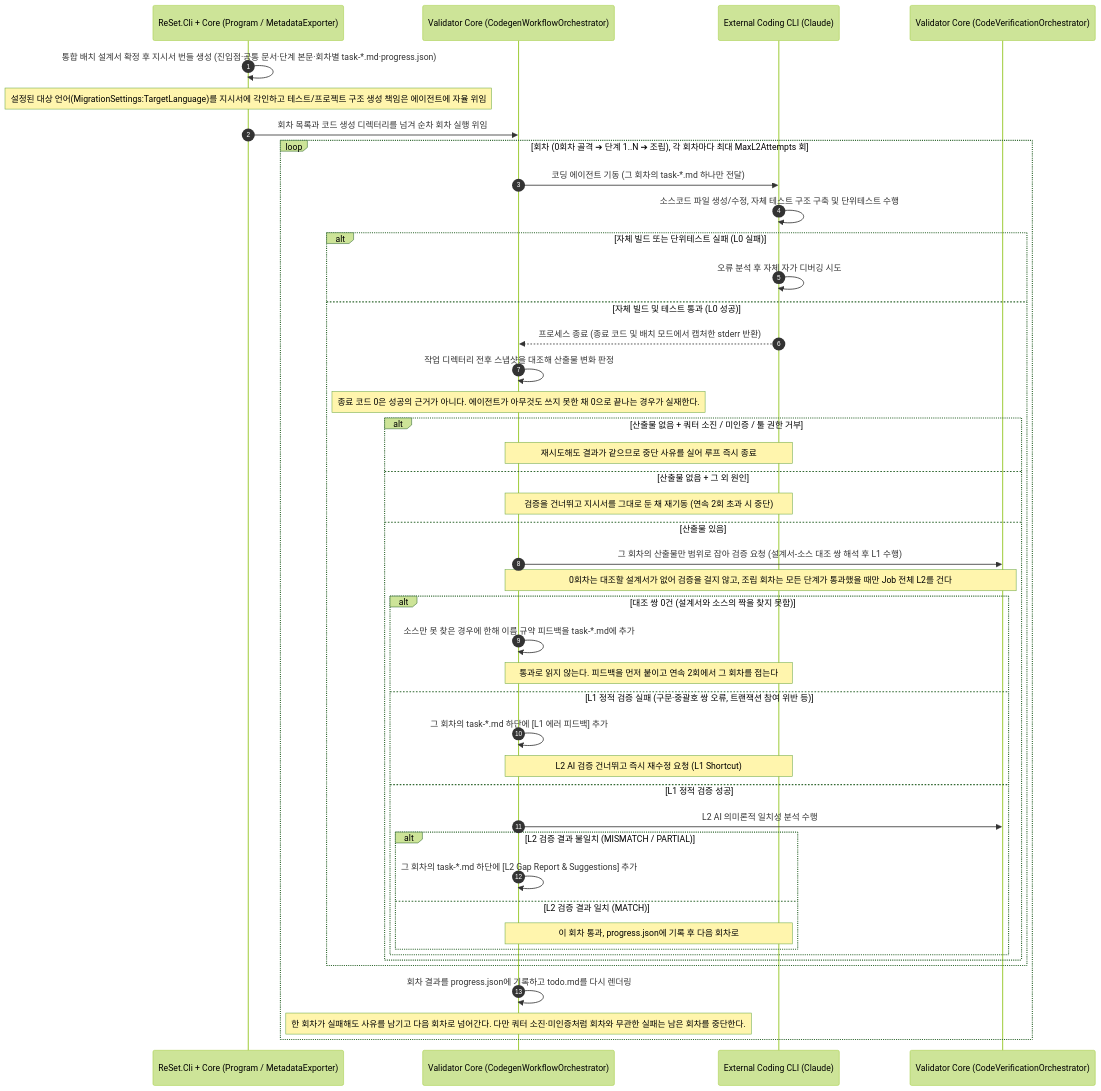
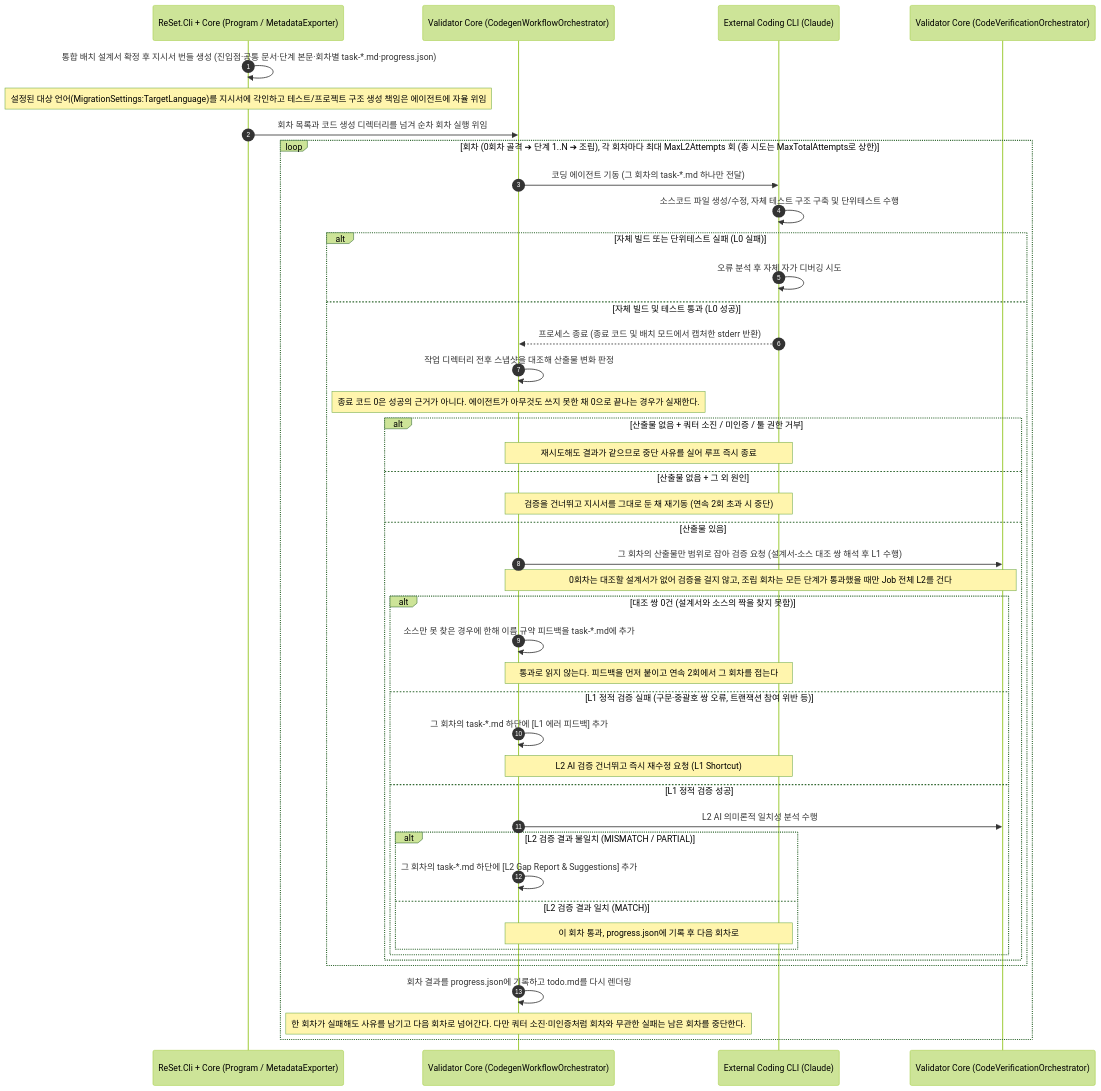
The fifth of 9 diagrams in docs/architecture.md (moondae815/ReSet), drawn with Mermaid (forest theme) before and after one commit. The commit also changed other lines of this file and 2 other files, not shown here.

````diff
--- a/docs/architecture.md
+++ b/docs/architecture.md
@@ -309,47 +313,47 @@
 ```mermaid
 sequenceDiagram
     autonumber
     participant CLI as ReSet.Cli + Core (Program / MetadataExporter)
     participant RC as Validator Core (CodegenWorkflowOrchestrator)
     participant ECE as External Coding CLI (Claude)
     participant VAL as Validator Core (CodeVerificationOrchestrator)
 
     CLI->>CLI: 통합 배치 설계서 확정 후 지시서 번들 생성 (진입점·공통 문서·단계 본문·회차별 task-*.md·progress.json)
     Note over CLI: 설정된 대상 언어(MigrationSettings:TargetLanguage)를 지시서에 각인하고 테스트/프로젝트 구조 생성 책임은 에이전트에 자율 위임
     CLI->>RC: 회차 목록과 코드 생성 디렉터리를 넘겨 순차 회차 실행 위임
-    loop 회차 (0회차 골격 ➔ 단계 1..N ➔ 조립), 각 회차마다 최대 MaxL2Attempts 회
+    loop 회차 (0회차 골격 ➔ 단계 1..N ➔ 조립), 각 회차마다 최대 MaxL2Attempts 회 (총 시도는 MaxTotalAttempts로 상한)
         RC->>ECE: 코딩 에이전트 기동 (그 회차의 task-*.md 하나만 전달)
         ECE->>ECE: 소스코드 파일 생성/수정, 자체 테스트 구조 구축 및 단위테스트 수행
         alt 자체 빌드 또는 단위테스트 실패 (L0 실패)
             ECE->>ECE: 오류 분석 후 자체 자가 디버깅 시도
         else 자체 빌드 및 테스트 통과 (L0 성공)
             ECE-->>RC: 프로세스 종료 (종료 코드 및 배치 모드에서 캡처한 stderr 반환)
             RC->>RC: 작업 디렉터리 전후 스냅샷을 대조해 산출물 변화 판정
             Note over RC: 종료 코드 0은 성공의 근거가 아니다. 에이전트가 아무것도 쓰지 못한 채 0으로 끝나는 경우가 실재한다.
             alt 산출물 없음 + 쿼터 소진 / 미인증 / 툴 권한 거부
                 Note over RC,ECE: 재시도해도 결과가 같으므로 중단 사유를 실어 루프 즉시 종료
             else 산출물 없음 + 그 외 원인
                 Note over RC,ECE: 검증을 건너뛰고 지시서를 그대로 둔 채 재기동 (연속 2회 초과 시 중단)
             else 산출물 있음
                 RC->>VAL: 그 회차의 산출물만 범위로 잡아 검증 요청 (설계서-소스 대조 쌍 해석 후 L1 수행)
                 Note over RC,VAL: 0회차는 대조할 설계서가 없어 검증을 걸지 않고, 조립 회차는 모든 단계가 통과했을 때만 Job 전체 L2를 건다
                 alt 대조 쌍 0건 (설계서와 소스의 짝을 찾지 못함)
                     RC->>RC: 소스만 못 찾은 경우에 한해 이름 규약 피드백을 task-*.md에 추가
                     Note over RC,ECE: 통과로 읽지 않는다. 피드백을 먼저 붙이고 연속 2회에서 그 회차를 접는다
                 else L1 정적 검증 실패 (구문·중괄호 쌍 오류, 트랜잭션 참여 위반 등)
                     RC->>RC: 그 회차의 task-*.md 하단에 [L1 에러 피드백] 추가
                     Note over RC,ECE: L2 AI 검증 건너뛰고 즉시 재수정 요청 (L1 Shortcut)
                 else L1 정적 검증 성공
                     RC->>VAL: L2 AI 의미론적 일치성 분석 수행
                     alt L2 검증 결과 불일치 (MISMATCH / PARTIAL)
                         RC->>RC: 그 회차의 task-*.md 하단에 [L2 Gap Report & Suggestions] 추가
                     else L2 검증 결과 일치 (MATCH)
                         Note over RC,ECE: 이 회차 통과, progress.json에 기록 후 다음 회차로
                     end
                 end
             end
         end
         RC->>RC: 회차 결과를 progress.json에 기록하고 todo.md를 다시 렌더링
         Note over RC: 한 회차가 실패해도 사유를 남기고 다음 회차로 넘어간다. 다만 쿼터 소진·미인증처럼 회차와 무관한 실패는 남은 회차를 중단한다.
     end
 ```
````
